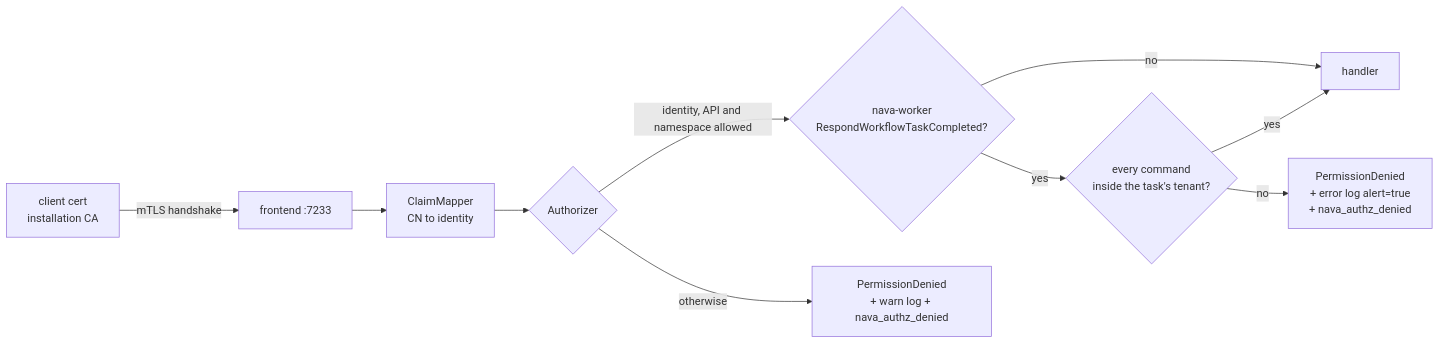
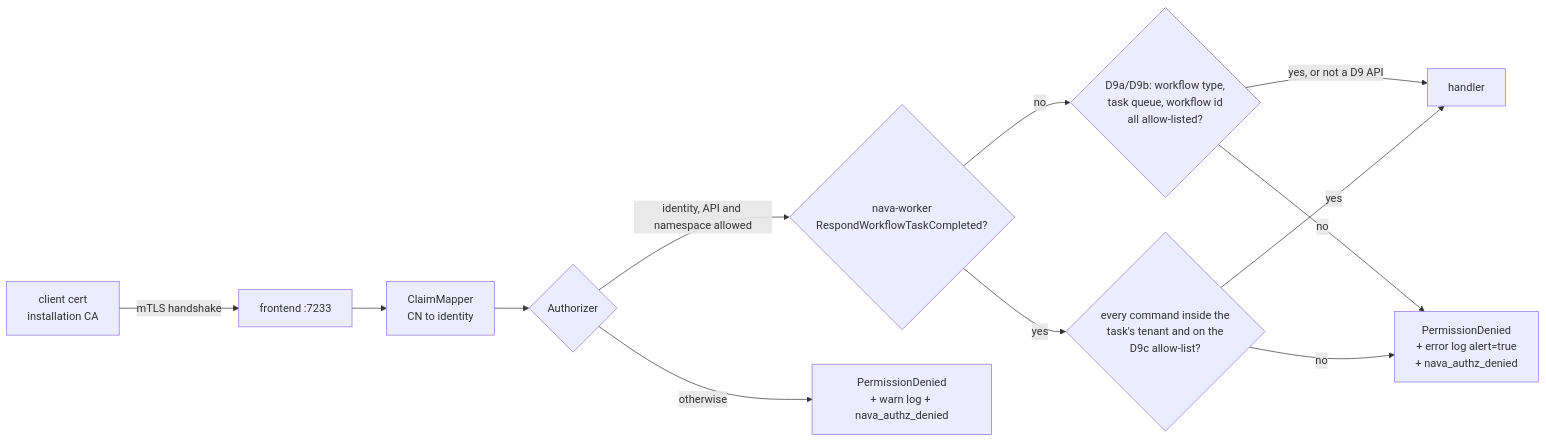
The diagram in docs/temporal-server.md (Navaladi2019/TicketingSystem), drawn with Mermaid before and after one commit. The commit also changed other lines of this file and 2 other files, not shown here.

Commit message:
T27e: server e2e on the D9 workload; docs for the workload allow-list (TICK-120)

````diff
--- a/docs/temporal-server.md
+++ b/docs/temporal-server.md
@@ -8,12 +9,14 @@
 ```mermaid
 flowchart LR
   C[client cert<br/>installation CA] -->|mTLS handshake| F[frontend :7233]
   F --> CM[ClaimMapper<br/>CN to identity]
   CM --> AZ{Authorizer}
   AZ -->|identity, API and namespace allowed| CI{nava-worker<br/>RespondWorkflowTaskCompleted?}
-  CI -->|no| H[handler]
-  CI -->|yes| INS{every command<br/>inside the task's tenant?}
+  CI -->|no| WL{D9a/D9b: workflow type,<br/>task queue, workflow id<br/>all allow-listed?}
+  WL -->|yes, or not a D9 API| H[handler]
+  WL -->|no| DC
+  CI -->|yes| INS{every command inside the<br/>task's tenant and on the<br/>D9c allow-list?}
   INS -->|yes| H
   INS -->|no| DC[PermissionDenied<br/>+ error log alert=true<br/>+ nava_authz_denied]
   AZ -->|otherwise| D[PermissionDenied<br/>+ warn log + nava_authz_denied]
 ```
````
